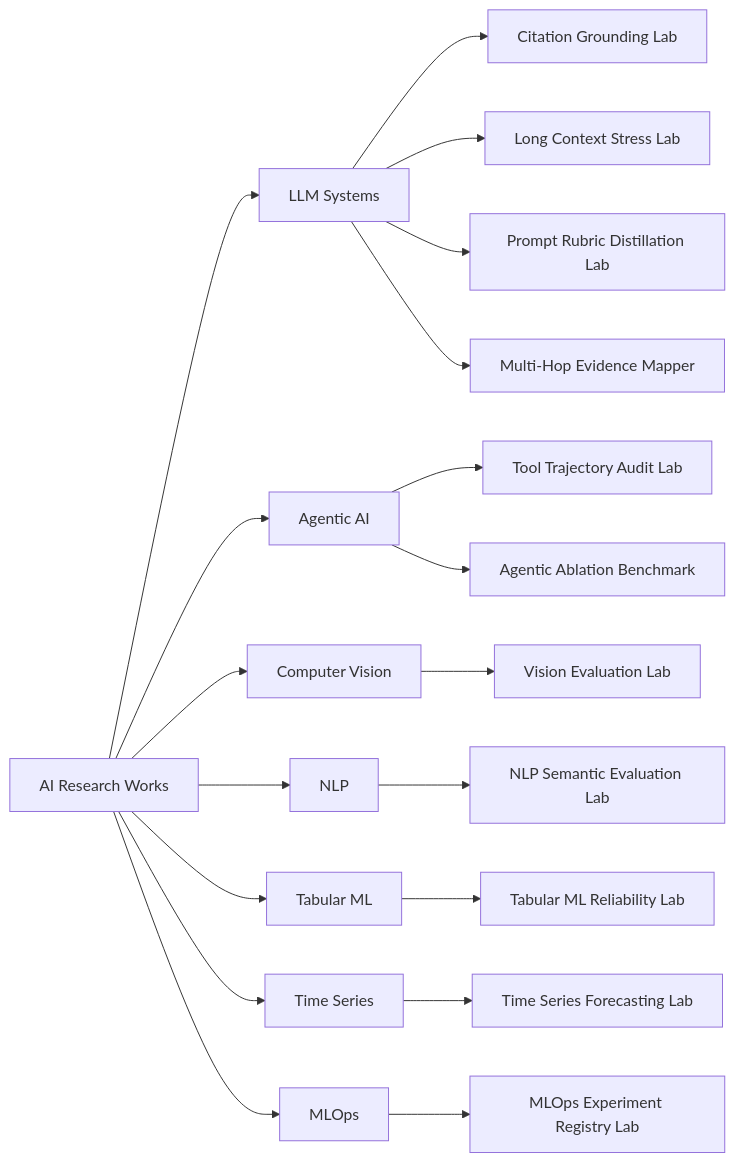
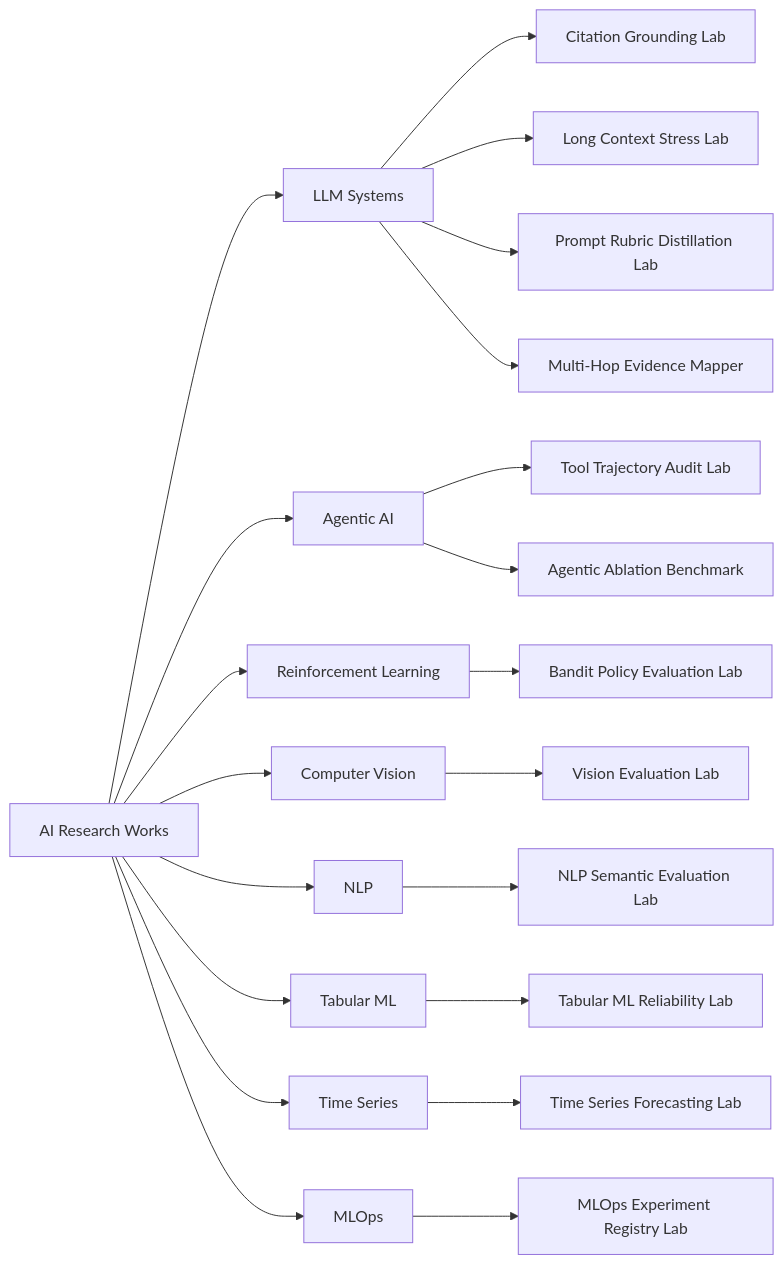
The diagram in README.md (akifitu/ai-research-works), drawn with Mermaid before and after one commit. The commit also changed other lines of this file and 20 other files, not shown here.

Commit message:
Add bandit policy evaluation lab

````diff
--- a/README.md
+++ b/README.md
@@ -23,21 +24,23 @@
 ```mermaid
 flowchart LR
     Repo[AI Research Works] --> LLM[LLM Systems]
     Repo --> Agents[Agentic AI]
+    Repo --> RL[Reinforcement Learning]
     Repo --> CV[Computer Vision]
     Repo --> NLP[NLP]
     Repo --> ML[Tabular ML]
     Repo --> TS[Time Series]
     Repo --> MLOps[MLOps]
     LLM --> CGL[Citation Grounding Lab]
     LLM --> LCSL[Long Context Stress Lab]
     LLM --> PRDL[Prompt Rubric Distillation Lab]
     LLM --> MHEM[Multi-Hop Evidence Mapper]
     Agents --> TTAL[Tool Trajectory Audit Lab]
     Agents --> AAB[Agentic Ablation Benchmark]
+    RL --> BPEL[Bandit Policy Evaluation Lab]
     CV --> VEL[Vision Evaluation Lab]
     NLP --> NSEL[NLP Semantic Evaluation Lab]
     ML --> TMRL[Tabular ML Reliability Lab]
     TS --> TSFL[Time Series Forecasting Lab]
     MLOps --> MERL[MLOps Experiment Registry Lab]
 ```
````
